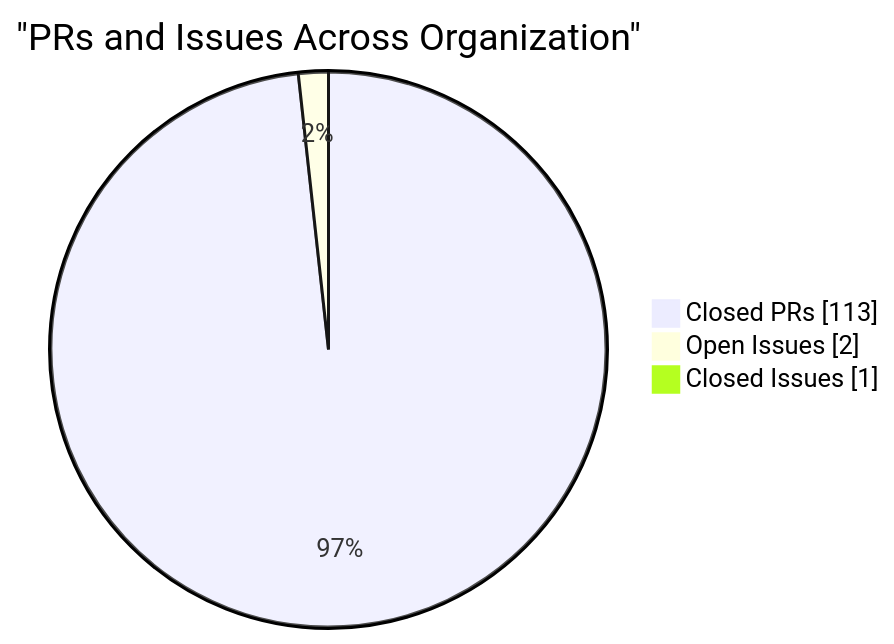
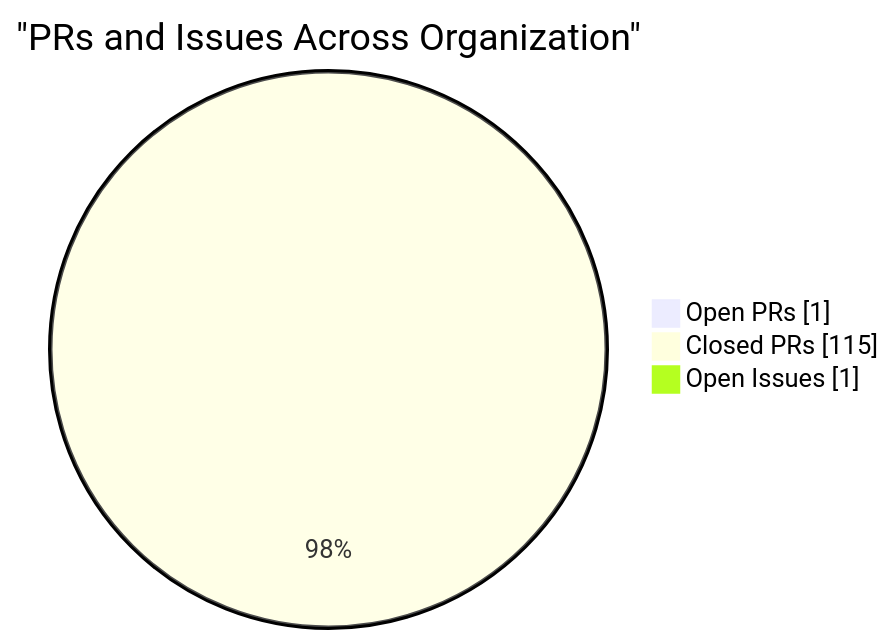
One commit to CSTH-Projects/.github changed the fourth of 4 diagrams in profile/README.md. Above: the diagram before and after it, drawn with Mermaid. The commit also changed other lines of this file, not shown here.

````diff
--- a/profile/README.md
+++ b/profile/README.md
@@ -100,7 +100,7 @@
 ```mermaid
 pie showData
     title "PRs and Issues Across Organization"
-    "Closed PRs" : 113
-    "Open Issues" : 2
-    "Closed Issues" : 1
+    "Open PRs" : 1
+    "Closed PRs" : 115
+    "Open Issues" : 1
 ```
````
